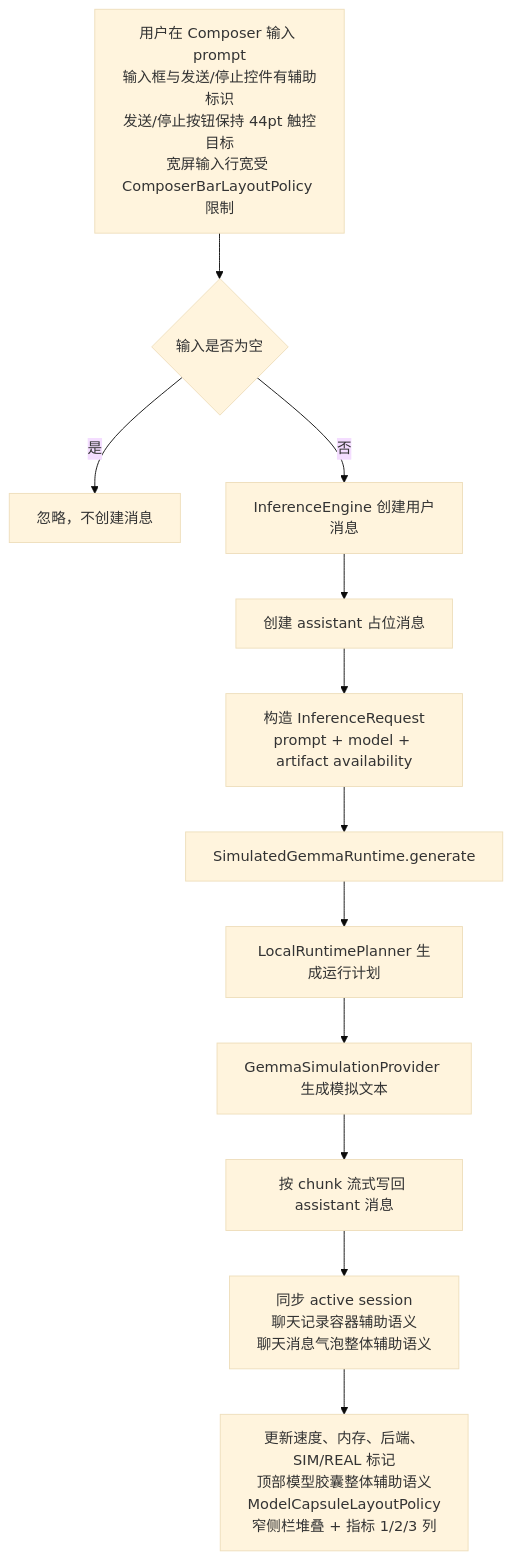
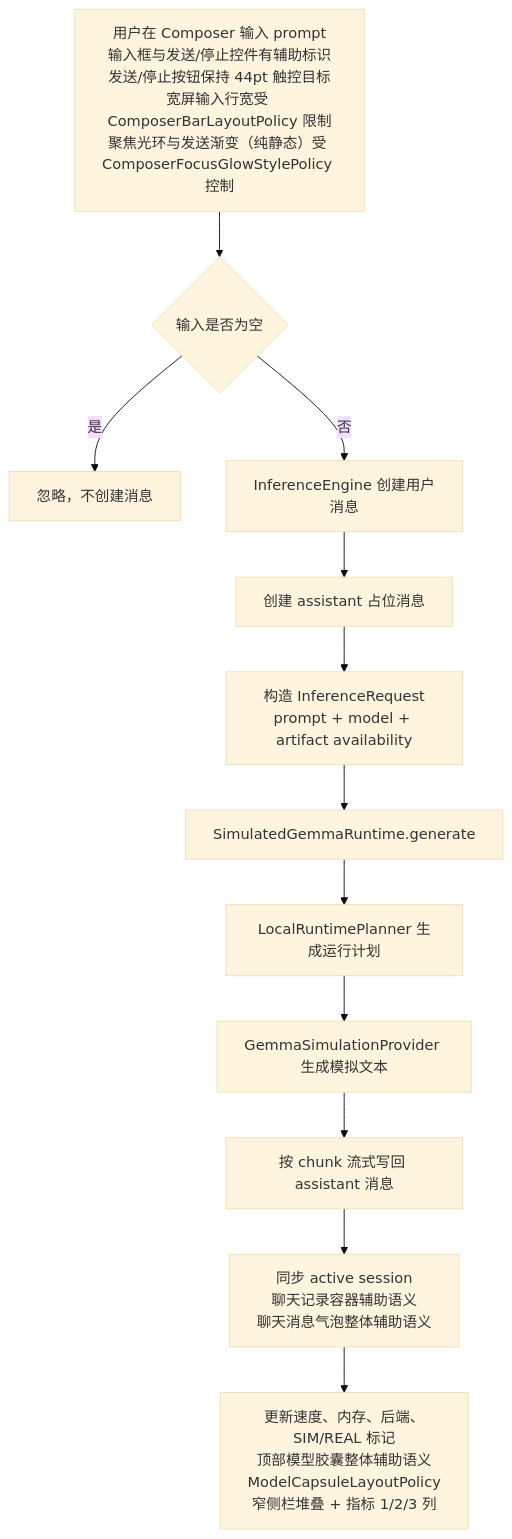
One commit to Altman-sam114/113 changed the fourth of 10 diagrams in md/flow/flowchart.md. Above: the diagram before and after it, drawn with Mermaid (base theme). The commit also changed 8 other files, not shown here.

````diff
--- a/md/flow/flowchart.md
+++ b/md/flow/flowchart.md
@@ -75,14 +75,14 @@
 ```mermaid
 flowchart TD
-    A[用户在 Composer 输入 prompt<br/>输入框与发送/停止控件有辅助标识<br/>发送/停止按钮保持 44pt 触控目标<br/>宽屏输入行宽受 ComposerBarLayoutPolicy 限制] --> B{输入是否为空}
+    A[用户在 Composer 输入 prompt<br/>输入框与发送/停止控件有辅助标识<br/>发送/停止按钮保持 44pt 触控目标<br/>宽屏输入行宽受 ComposerBarLayoutPolicy 限制<br/>聚焦光环与发送渐变（纯静态）受 ComposerFocusGlowStylePolicy 控制] --> B{输入是否为空}
     B -- 是 --> C[忽略，不创建消息]
     B -- 否 --> D[InferenceEngine 创建用户消息]
     D --> E[创建 assistant 占位消息]
     E --> F[构造 InferenceRequest<br/>prompt + model + artifact availability]
     F --> G[SimulatedGemmaRuntime.generate]
     G --> H[LocalRuntimePlanner 生成运行计划]
     H --> I[GemmaSimulationProvider 生成模拟文本]
     I --> J[按 chunk 流式写回 assistant 消息]
     J --> K[同步 active session<br/>聊天记录容器辅助语义<br/>聊天消息气泡整体辅助语义]
     K --> L[更新速度、内存、后端、SIM/REAL 标记<br/>顶部模型胶囊整体辅助语义<br/>ModelCapsuleLayoutPolicy<br/>窄侧栏堆叠 + 指标 1/2/3 列]
 ```
````
